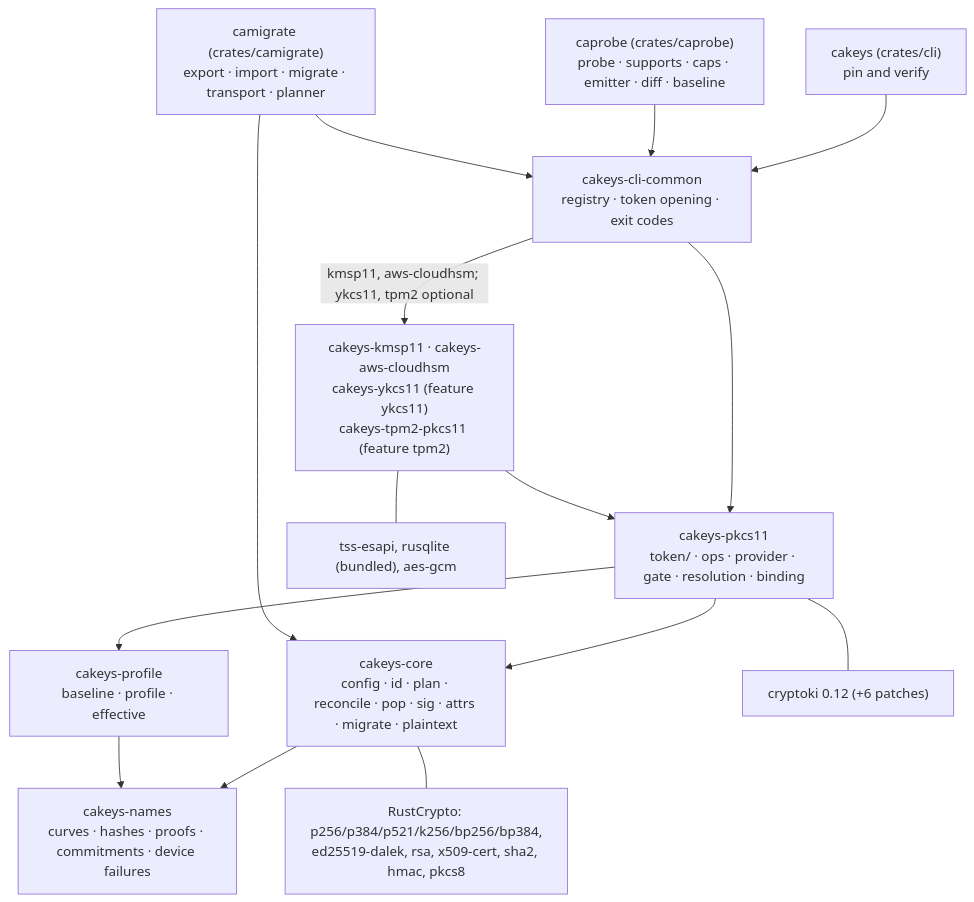
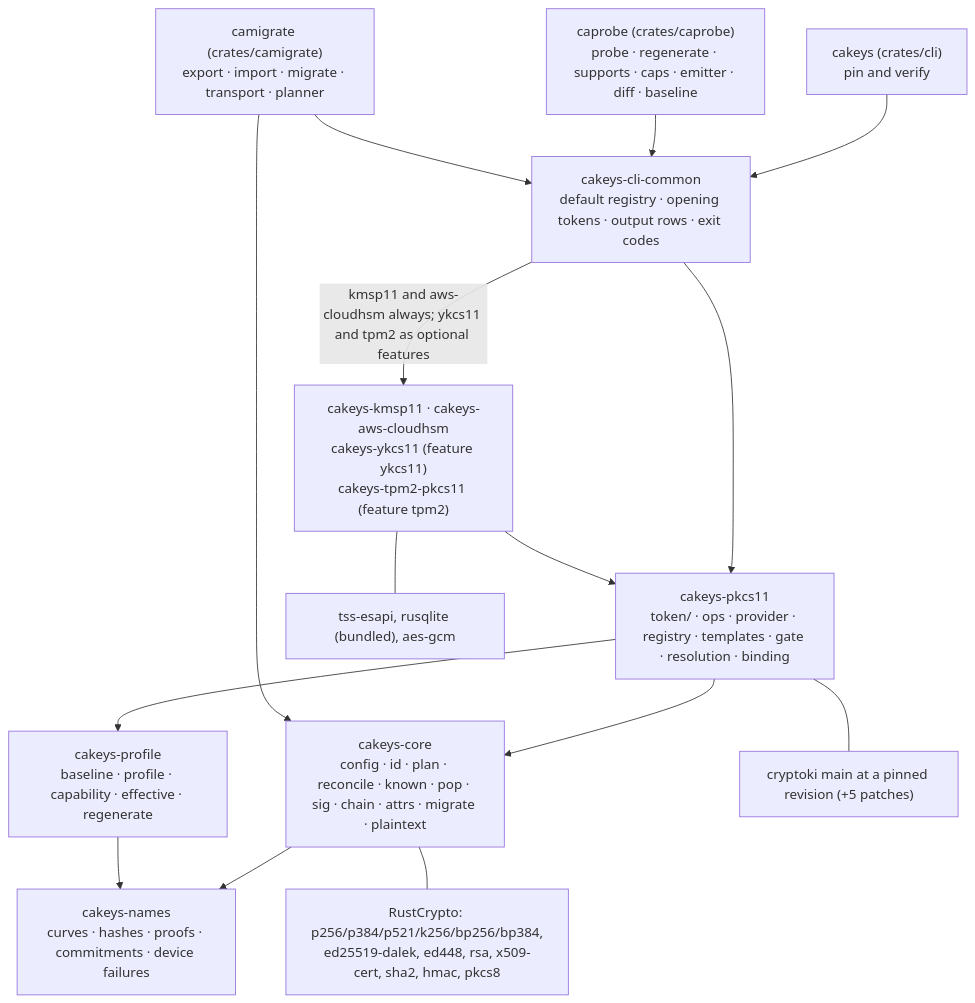
The first of 2 diagrams in docs/ARCHITECTURE.md (Princemachiavelli/cakeys), drawn with Mermaid before and after one commit. The commit also changed other lines of this file, not shown here.

First line of the commit message:
docs: ARCHITECTURE.md in plain English, and the map brought up to date

````diff
--- a/docs/ARCHITECTURE.md
+++ b/docs/ARCHITECTURE.md
@@ -43,28 +51,28 @@
 ```mermaid
 flowchart TD
     CLI["cakeys (crates/cli)<br/>pin and verify"]
-    PROBE["caprobe (crates/caprobe)<br/>probe · supports · caps · emitter · diff · baseline"]
+    PROBE["caprobe (crates/caprobe)<br/>probe · regenerate · supports · caps · emitter · diff · baseline"]
     MIG["camigrate (crates/camigrate)<br/>export · import · migrate · transport · planner"]
-    COMMON["cakeys-cli-common<br/>registry · token opening · exit codes"]
-    P11["cakeys-pkcs11<br/>token/ · ops · provider · gate · resolution · binding"]
+    COMMON["cakeys-cli-common<br/>default registry · opening tokens · output rows · exit codes"]
+    P11["cakeys-pkcs11<br/>token/ · ops · provider · registry · templates · gate · resolution · binding"]
     PROVS["cakeys-kmsp11 · cakeys-aws-cloudhsm<br/>cakeys-ykcs11 (feature ykcs11)<br/>cakeys-tpm2-pkcs11 (feature tpm2)"]
-    CORE["cakeys-core<br/>config · id · plan · reconcile · pop · sig · attrs · migrate · plaintext"]
-    PROF["cakeys-profile<br/>baseline · profile · effective"]
+    CORE["cakeys-core<br/>config · id · plan · reconcile · known · pop · sig · chain · attrs · migrate · plaintext"]
+    PROF["cakeys-profile<br/>baseline · profile · capability · effective · regenerate"]
     NAMES["cakeys-names<br/>curves · hashes · proofs · commitments · device failures"]
 
     CLI --> COMMON
     PROBE --> COMMON
     MIG --> COMMON
     COMMON --> P11
-    COMMON -- "kmsp11, aws-cloudhsm; ykcs11, tpm2 optional" --> PROVS
+    COMMON -- "kmsp11 and aws-cloudhsm always; ykcs11 and tpm2 as optional features" --> PROVS
     PROVS --> P11
     P11 --> CORE
     P11 --> PROF
     MIG --> CORE
     CORE --> NAMES
     PROF --> NAMES
 
-    CORE --- RC["RustCrypto: p256/p384/p521/k256/bp256/bp384,<br/>ed25519-dalek, rsa, x509-cert, sha2, hmac, pkcs8"]
-    P11 --- CK["cryptoki 0.12 (+6 patches)"]
+    CORE --- RC["RustCrypto: p256/p384/p521/k256/bp256/bp384,<br/>ed25519-dalek, ed448, rsa, x509-cert, sha2, hmac, pkcs8"]
+    P11 --- CK["cryptoki main at a pinned revision (+5 patches)"]
     PROVS --- TSS["tss-esapi, rusqlite (bundled), aes-gcm"]
 ```
````
